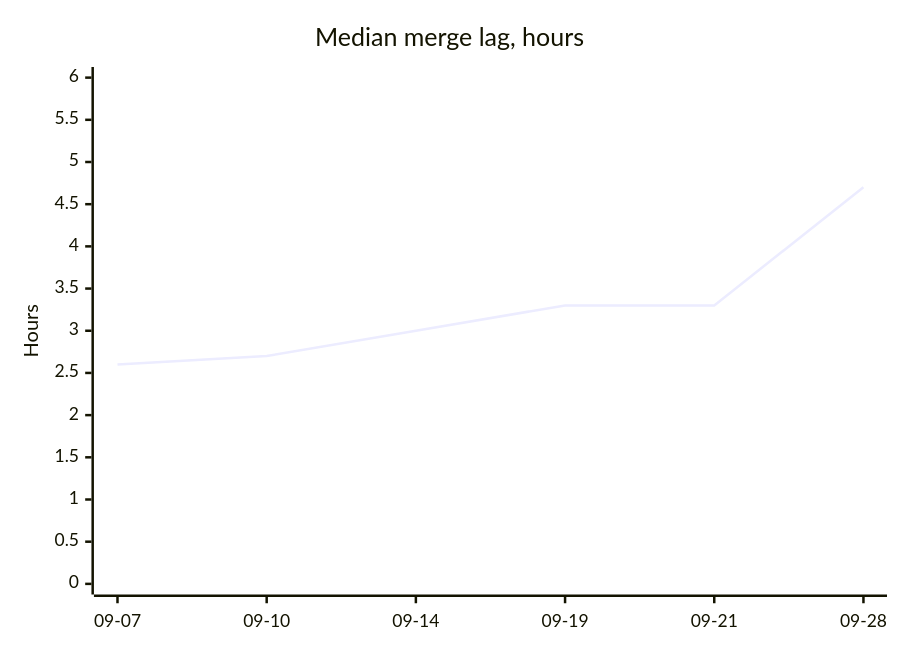
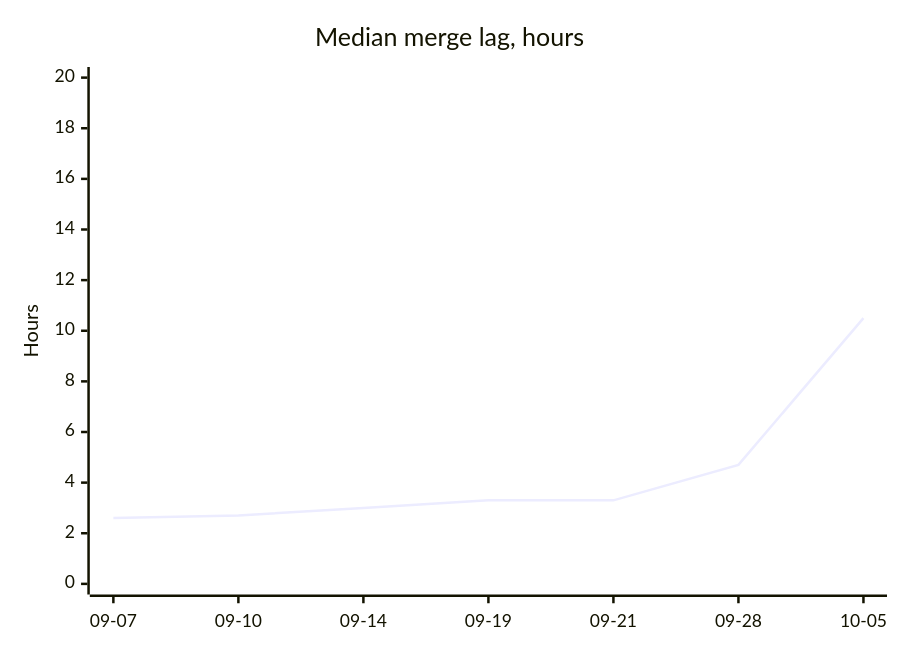
The second of 3 diagrams in project-pulse.md (sipyourdrink-ltd/bernstein), drawn with Mermaid before and after one commit. The commit also changed other lines of this file and 4 other files, not shown here.

````diff
--- a/project-pulse.md
+++ b/project-pulse.md
@@ -26,7 +26,7 @@
 ```mermaid
 xychart-beta
     title "Median merge lag, hours"
-    x-axis ["09-07", "09-10", "09-14", "09-19", "09-21", "09-28"]
-    y-axis "Hours" 0 --> 6
-    line [2.6, 2.7, 3.0, 3.3, 3.3, 4.7]
+    x-axis ["09-07", "09-10", "09-14", "09-19", "09-21", "09-28", "10-05"]
+    y-axis "Hours" 0 --> 20
+    line [2.6, 2.7, 3.0, 3.3, 3.3, 4.7, 10.5]
 ```
````
